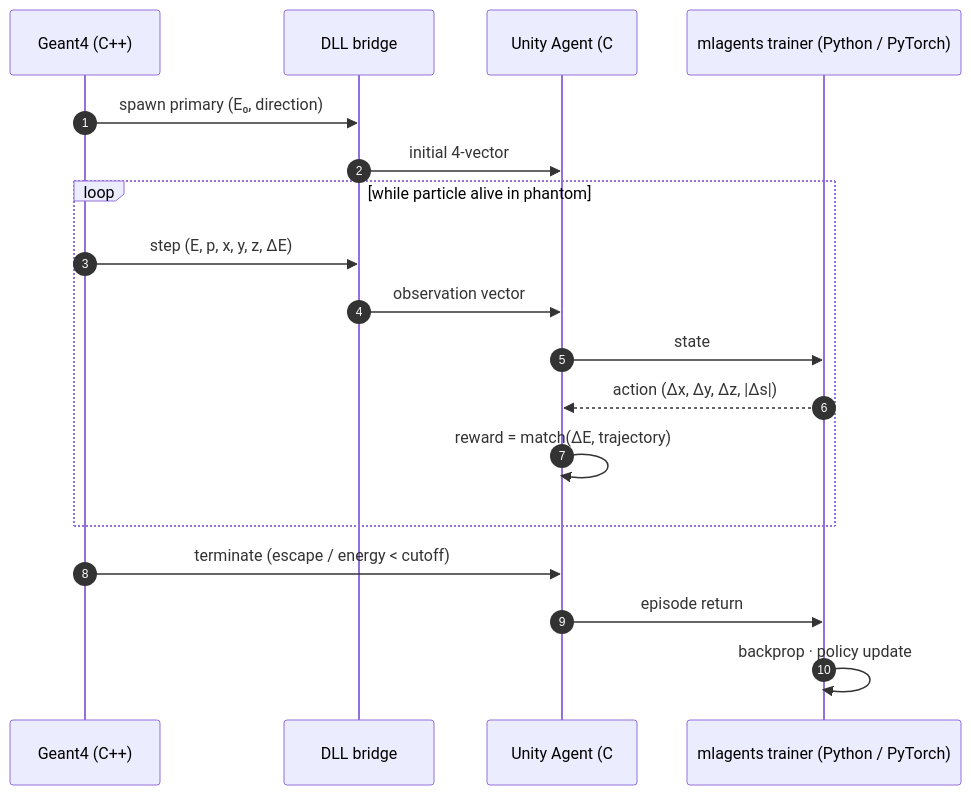
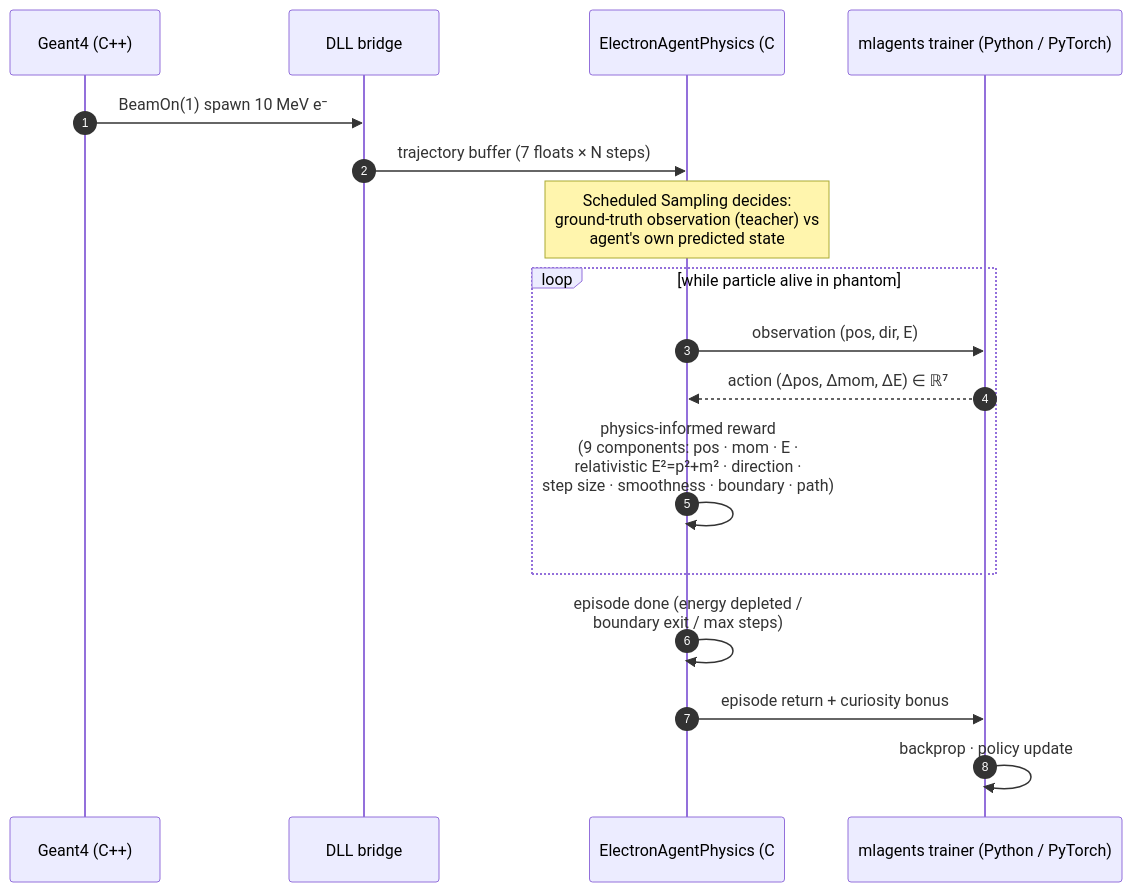
One commit to LeoTheOriginal/Scalable-Pipeline-for-Simulation-Control-and-Data-Collection-Using-Unity-and-Geant4 changed the second of 2 diagrams in README.md. Above: the diagram before and after it, drawn with Mermaid. The commit also changed other lines of this file, not shown here.

Commit message:
docs: rewrite README from code (concrete setup, agent V6, RL algos, bridge details)

````diff
--- a/README.md
+++ b/README.md
@@ -79,21 +95,20 @@
 ```mermaid
 sequenceDiagram
     autonumber
     participant G as Geant4 (C++)
     participant D as DLL bridge
-    participant A as Unity Agent (C#)
+    participant A as ElectronAgentPhysics (C#)
     participant T as mlagents trainer (Python / PyTorch)
 
-    G->>D: spawn primary (E₀, direction)
-    D->>A: initial 4-vector
+    G->>D: BeamOn(1)  spawn 10 MeV e⁻
+    D->>A: trajectory buffer (7 floats × N steps)
+    Note over A: Scheduled Sampling decides:<br/>ground-truth observation (teacher) vs<br/>agent's own predicted state
     loop while particle alive in phantom
-        G->>D: step (E, p, x, y, z, ΔE)
-        D->>A: observation vector
-        A->>T: state
-        T-->>A: action (Δx, Δy, Δz, |Δs|)
-        A->>A: reward = match(ΔE, trajectory)
+        A->>T: observation (pos, dir, E)
+        T-->>A: action (Δpos, Δmom, ΔE) ∈ ℝ⁷
+        A->>A: physics-informed reward<br/>(9 components: pos · mom · E ·<br/>relativistic E²=p²+m² · direction ·<br/>step size · smoothness · boundary · path)
     end
-    G->>A: terminate (escape / energy < cutoff)
-    A->>T: episode return
+    A->>A: episode done (energy depleted /<br/>boundary exit / max steps)
+    A->>T: episode return + curiosity bonus
     T->>T: backprop · policy update
 ```
````
